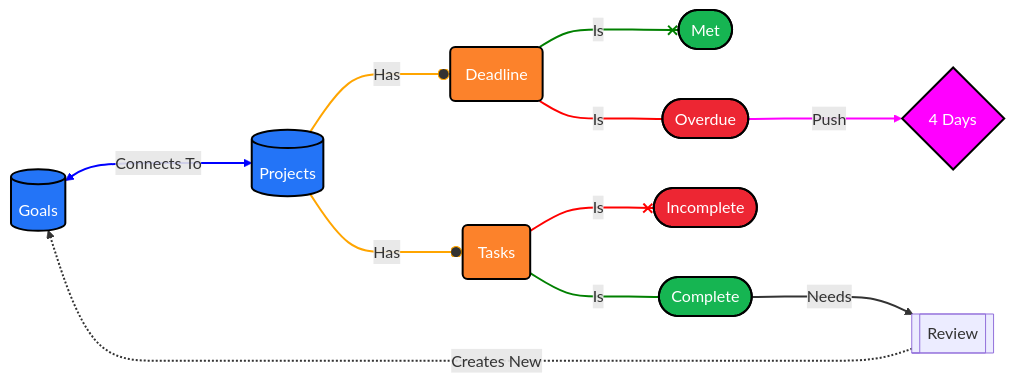
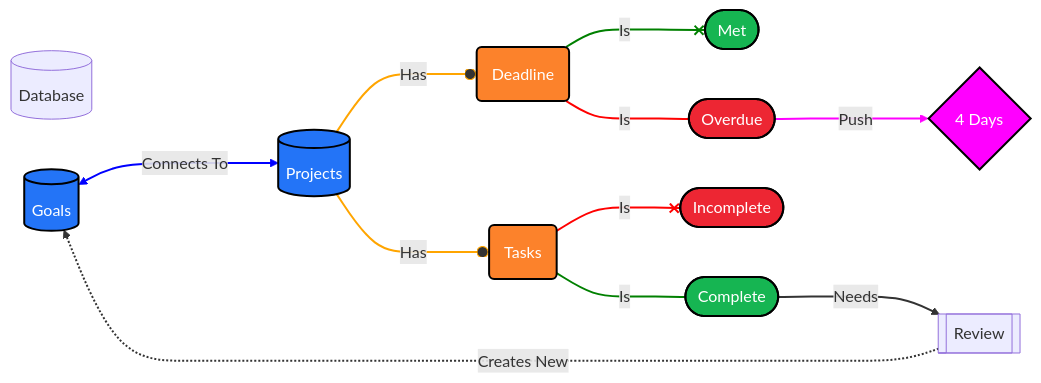
The diagram in DevTools/Mermaid Diagram Example.md (uwspstar/From-Zero-to-Hero), drawn with Mermaid before and after one commit.

Commit message:
Update Mermaid Diagram Example.md

````diff
--- a/DevTools/Mermaid Diagram Example.md
+++ b/DevTools/Mermaid Diagram Example.md
@@ -3,43 +3,46 @@
 ```mermaid
 flowchart LR
+
+%% Components %%
+DB[(Database)]
 
 %% Colors %%
 linkStyle default stroke-width:2px
 classDef blue fill:#2374f7,stroke:#000,stroke-width:2px,color:#fff
 classDef orange fill:#fc822b,stroke:#000,stroke-width:2px,color:#fff
 classDef green fill:#16b552,stroke:#000,stroke-width:2px,color:#fff
 classDef red fill:#ed2633,stroke:#000,stroke-width:2px,color:#fff
 classDef magenta fill:magenta,stroke:#000,stroke-width:2px,color:#fff
 
 %% Goals Database%
 %% 0 %%
 G[(Goals)]:::blue <===> |Connects To| P[(Projects)]:::blue
 
 %% Projects Database %%
 %% Deadline %%
 %% 1,2,3,4 %%
 P ---o |Has| PD(Deadline):::orange
 PD ---x |Is| MT([Met]):::green
 PD ---- |Is| OV([Overdue]):::red ---> |Push| FOV{4 Days}:::magenta
 
 %% Tasks %%
 %% 5,6,7,8 %%
 P ---o |Has| PT(Tasks):::orange
 PT ---x |Is| IC([Incomplete]):::red
 PT ---- |Is| C([Complete]):::green
 C ---> |Needs| R[[Review]]
 
 %% Review %%
 %% 9 %%
 R -..-> |Creates New| G
 
 %% Link Colors %%
 linkStyle 0 stroke:blue
 linkStyle 1,5 stroke:orange
 linkStyle 2,7 stroke:green
 linkStyle 3,6 stroke:red
 linkStyle 4 stroke:magenta
 
 %% Clickable Links %%
 click P "https://www.notion.so/redgregory/db9274f912e1400a895d51030bc7e680?v=2764569801174438898a704b66599c22"
 ```
````
